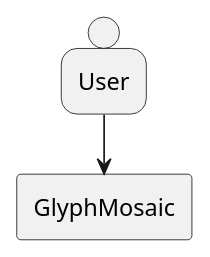
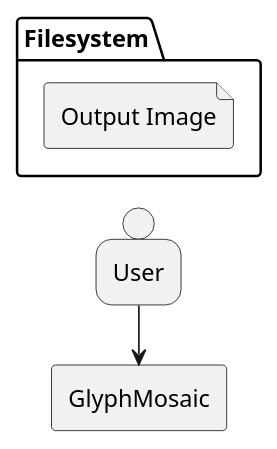
Before and after one commit to zwerdlds/GlyphMosaic: the diagram in documentation/src/diagrams/context-diagram.plantuml, drawn with PlantUML. The commit also changed 3 other files, not shown here.

Commit message:
context diagrams and docs

```diff
--- a/documentation/src/diagrams/context-diagram.plantuml
+++ b/documentation/src/diagrams/context-diagram.plantuml
@@ -1,11 +1,19 @@
 @startuml context-diagram
 left to right direction
 skinparam componentStyle uml1
 
 person "User" as usr
 
 agent "GlyphMosaic" as gm
 
+package Filesystem as fs {
+  file "Source Image" as si
+  file "Source Text" as si
+  file "GM Document" as si
+  file "Output Image" as si
+}
+
+
 usr -r-> gm
 
 @enduml
```
